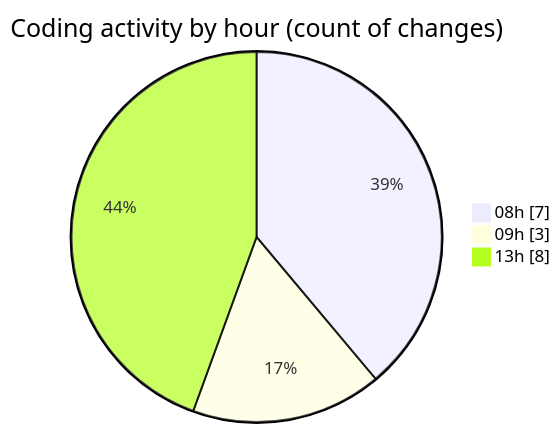
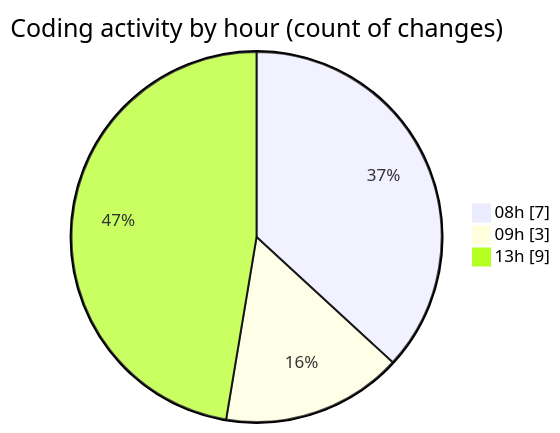
Before and after one commit to NitaiMahat/code-tracking: the second of 2 diagrams in 2025-02-27/coding_prac_8/README.md, drawn with Mermaid. The commit also changed other lines of this file and 1 other file, not shown here.

````diff
--- a/2025-02-27/coding_prac_8/README.md
+++ b/2025-02-27/coding_prac_8/README.md
@@ -31,7 +31,7 @@
 ```mermaid
 pie showData
 title Coding activity by hour (count of changes)
 "08h" : 7
 "09h" : 3
-"13h" : 8
+"13h" : 9
 ```
````
